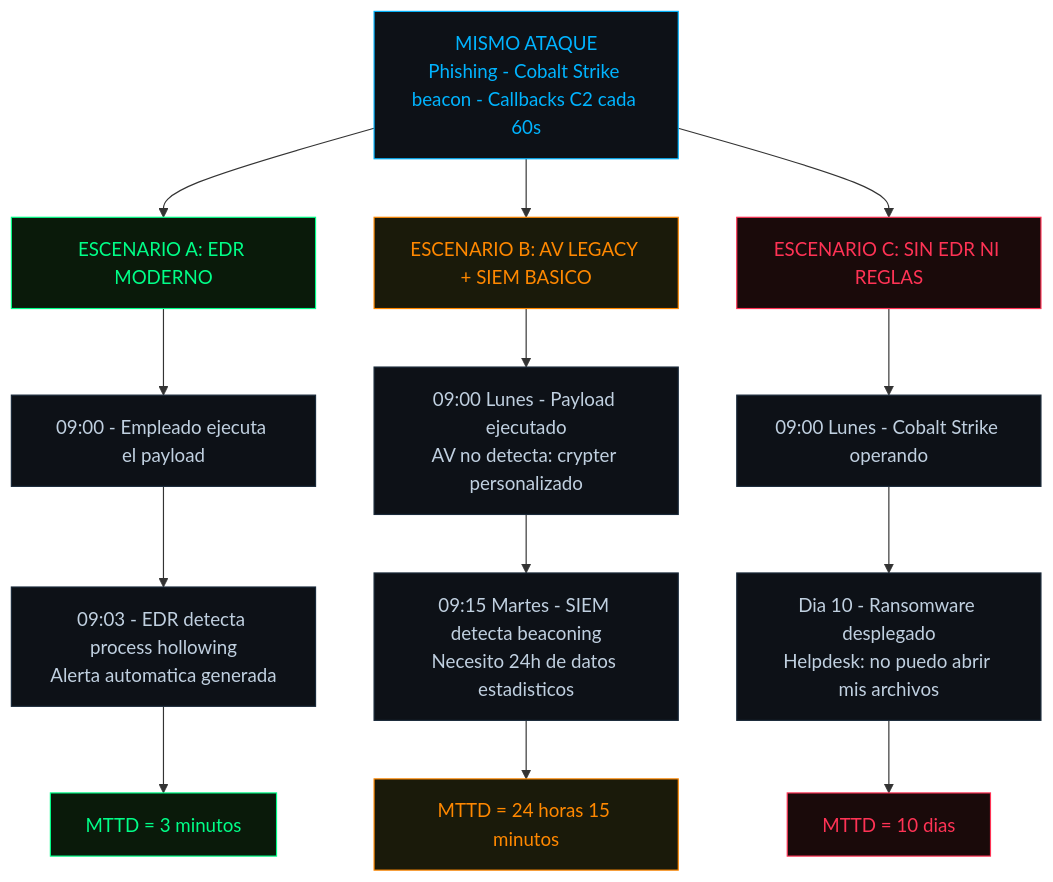
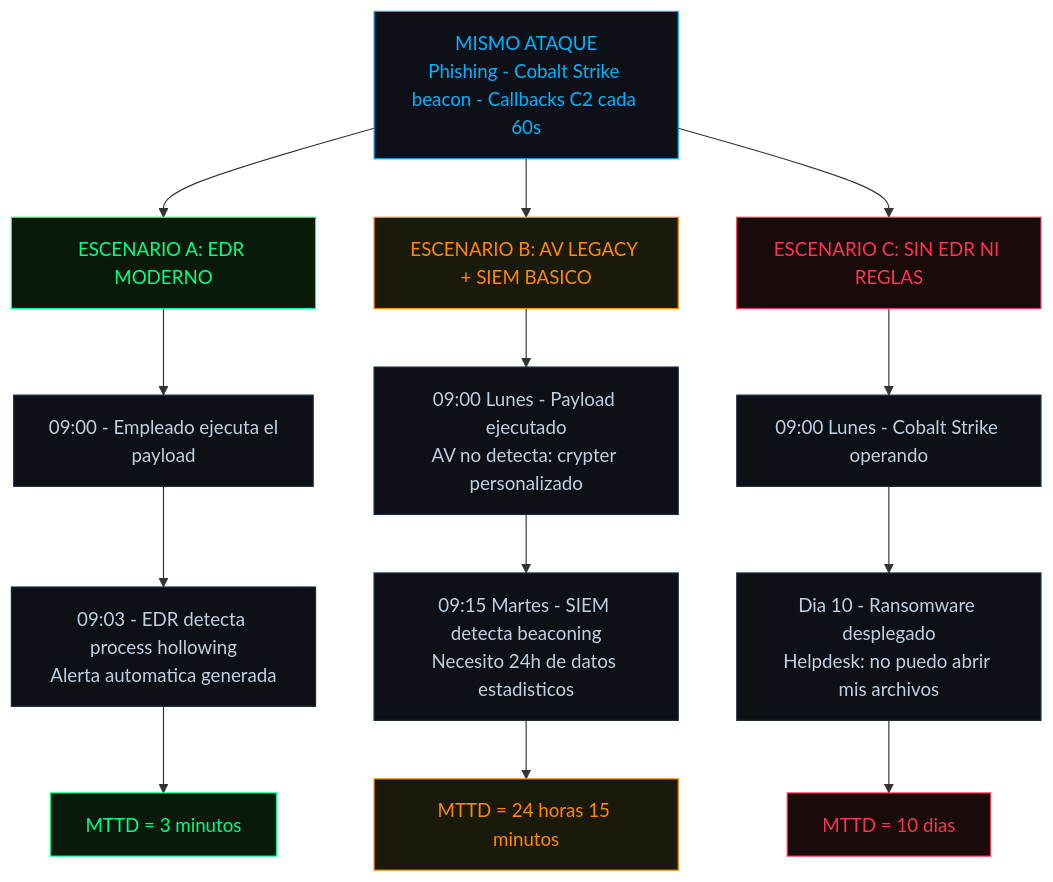
Before and after one commit to ToshiroNagata/ToshiroNagata.github.io: the third of 10 diagrams in _posts/2026-04-22-mttd-mtta-mtti-las-tres-metricas-que-definen-la-velocidad-del-soc.md, drawn with Mermaid.

````diff
--- a/_posts/2026-04-22-mttd-mtta-mtti-las-tres-metricas-que-definen-la-velocidad-del-soc.md
+++ b/_posts/2026-04-22-mttd-mtta-mtti-las-tres-metricas-que-definen-la-velocidad-del-soc.md
@@ -113,37 +113,37 @@
 ```mermaid
 graph TD
     ATK["MISMO ATAQUE<br/>Phishing - Cobalt Strike beacon - Callbacks C2 cada 60s"]
 
     ATK --> A
     ATK --> B
     ATK --> C
 
     A["ESCENARIO A: EDR MODERNO"]
-    A --> A1["09:00 - Empleado ejecuta el payload"]
+    A --> A1["09:00 - Empleado ejecuta el<br/> payload"]
     A1 --> A2["09:03 - EDR detecta process hollowing<br/>Alerta automatica generada"]
     A2 --> A3["MTTD = 3 minutos"]
 
     B["ESCENARIO B: AV LEGACY + SIEM BASICO"]
-    B --> B1["09:00 Lunes - Payload ejecutado<br/>AV no detecta: crypter personalizado"]
+    B --> B1["09:00 Lunes - Payload ejecutado<br/>AV no detecta: crypter <br/>personalizado"]
     B1 --> B2["09:15 Martes - SIEM detecta beaconing<br/>Necesito 24h de datos estadisticos"]
     B2 --> B3["MTTD = 24 horas 15 minutos"]
 
     C["ESCENARIO C: SIN EDR NI REGLAS"]
     C --> C1["09:00 Lunes - Cobalt Strike operando"]
     C1 --> C2["Dia 10 - Ransomware desplegado<br/>Helpdesk: no puedo abrir mis archivos"]
     C2 --> C3["MTTD = 10 dias"]
 
     style ATK fill:#0d1117,stroke:#00b4ff,color:#00b4ff
     style A fill:#0a1a0a,stroke:#00ff88,color:#00ff88
     style B fill:#1a1a0a,stroke:#ff8800,color:#ff8800
     style C fill:#1a0a0a,stroke:#ff3355,color:#ff3355
     style A3 fill:#0a1a0a,stroke:#00ff88,color:#00ff88
     style B3 fill:#1a1a0a,stroke:#ff8800,color:#ff8800
     style C3 fill:#1a0a0a,stroke:#ff3355,color:#ff3355
     style A1 fill:#0d1117,stroke:#1a2a3a,color:#c0d0e0
     style A2 fill:#0d1117,stroke:#1a2a3a,color:#c0d0e0
     style B1 fill:#0d1117,stroke:#1a2a3a,color:#c0d0e0
     style B2 fill:#0d1117,stroke:#1a2a3a,color:#c0d0e0
     style C1 fill:#0d1117,stroke:#1a2a3a,color:#c0d0e0
     style C2 fill:#0d1117,stroke:#1a2a3a,color:#c0d0e0
 ```
````
